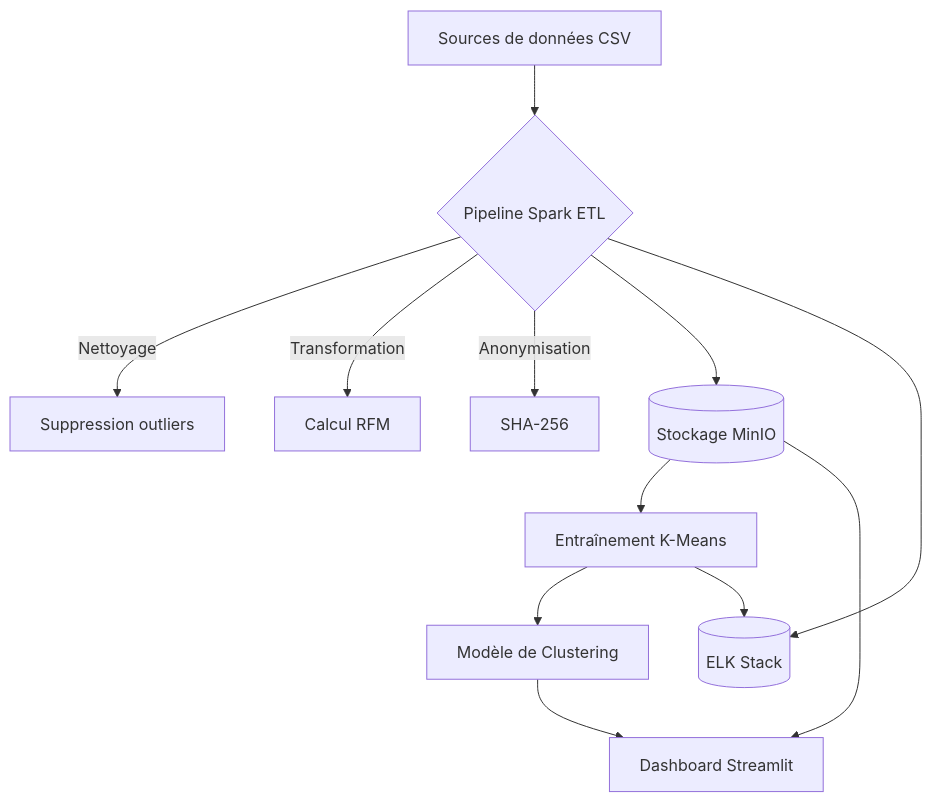
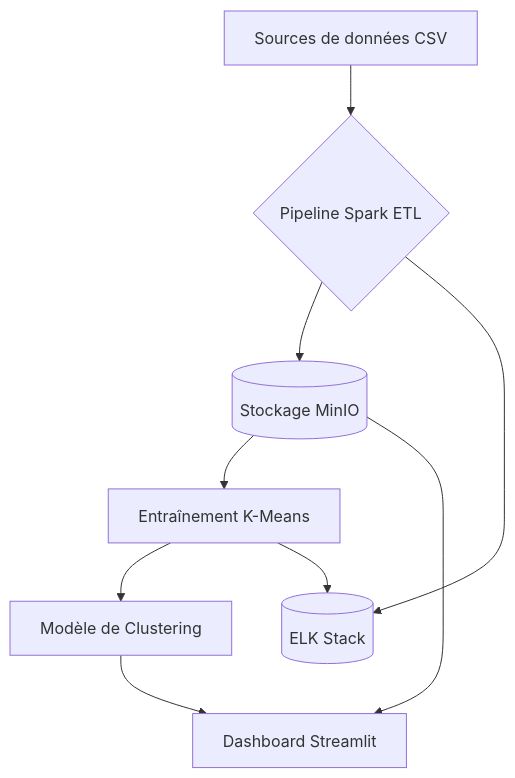
Before and after one commit to kemgangchristian/mspr_amazing: the diagram in README.md, drawn with Mermaid.

Commit message:
Modification du README

````diff
--- a/README.md
+++ b/README.md
@@ -30,14 +30,11 @@
 ```mermaid
 graph TD
     A[Sources de données CSV] --> B{Pipeline Spark ETL}
-    B -->|Nettoyage| B1[Suppression outliers]
-    B -->|Transformation| B2[Calcul RFM]
-    B -->|Anonymisation| B3[SHA-256]
     B --> C[(Stockage MinIO)]
     C --> D[Entraînement K-Means]
     D --> E[Modèle de Clustering]
     E --> F[Dashboard Streamlit]
     C --> F
     B --> H[(ELK Stack)]
     D --> H
 ```
````
